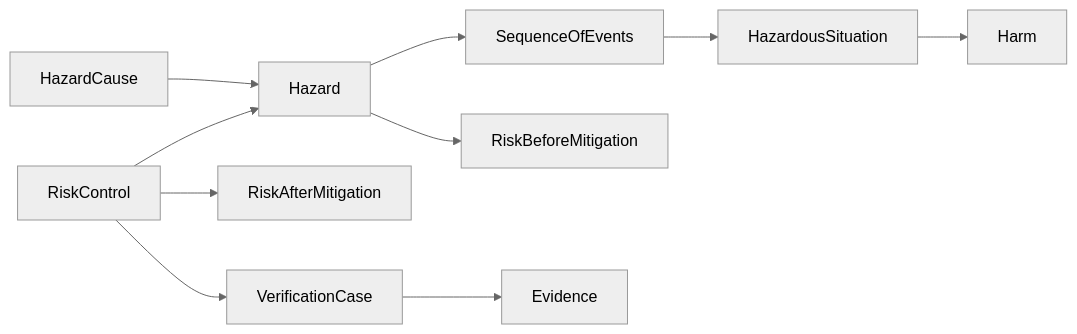
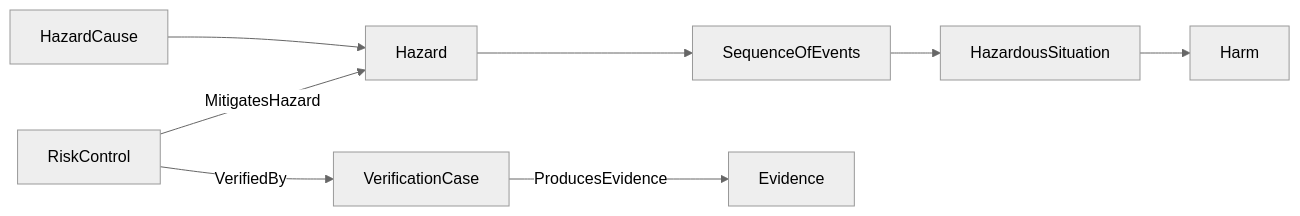
Before and after one commit to memoarchitect/memo: the diagram in docs/layers/risk-assurance.md, drawn with Mermaid (neutral theme). The commit also changed other lines of this file and 177 other files, not shown here.

````diff
--- a/docs/layers/risk-assurance.md
+++ b/docs/layers/risk-assurance.md
@@ -18,12 +19,10 @@
 ```mermaid
 flowchart LR
     Cause[HazardCause] --> Hazard[Hazard]
     Hazard --> Events[SequenceOfEvents]
     Events --> Situation[HazardousSituation]
     Situation --> Harm[Harm]
-    Hazard --> Initial[RiskBeforeMitigation]
-    Control[RiskControl] --> Hazard
-    Control --> Residual[RiskAfterMitigation]
-    Test[VerificationCase] --> Evidence[Evidence]
-    Control --> Test
+    Control[RiskControl] -->|MitigatesHazard| Hazard
+    Control -->|VerifiedBy| Test[VerificationCase]
+    Test -->|ProducesEvidence| Evidence[Evidence]
 ```
````
